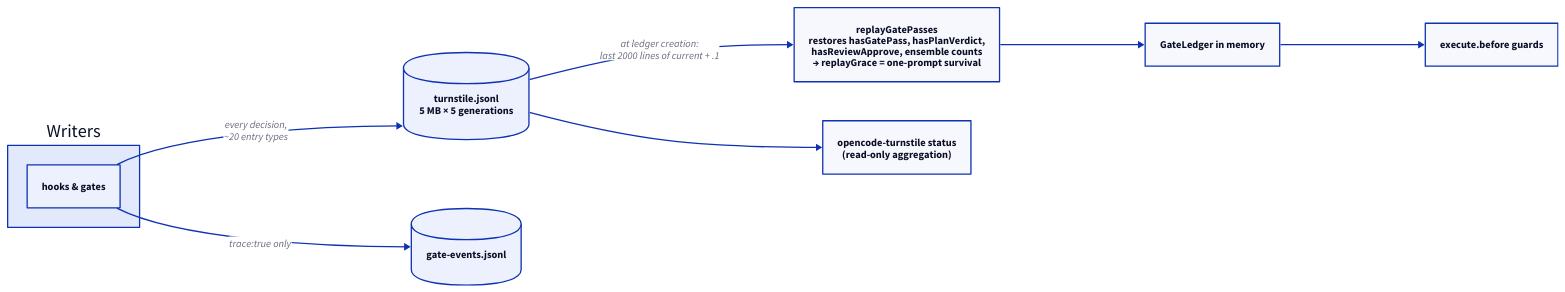
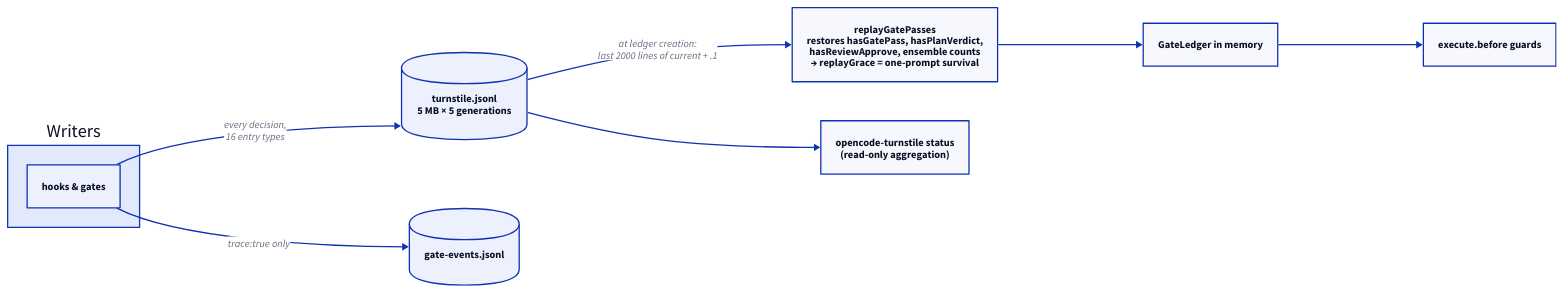
The diagram in docs/diagrams/d05-persistence.d2 (edseabolt/turnstile), drawn with D2 before and after one commit. The commit also changed 8 other files, not shown here.

First line of the commit message:
docs: fix diagram inaccuracies and add missing executor to gate state

```diff
--- a/docs/diagrams/d05-persistence.d2
+++ b/docs/diagrams/d05-persistence.d2
@@ -1,24 +1,24 @@
 direction: right
 
 writers: "Writers" {
   hooks: "hooks & gates"
 }
 
 jsonl: "turnstile.jsonl\n5 MB × 5 generations" {
   shape: cylinder
 }
 trace: "gate-events.jsonl" {
   shape: cylinder
 }
 
 replay: "replayGatePasses\nrestores hasGatePass, hasPlanVerdict,\nhasReviewApprove, ensemble counts\n→ replayGrace = one-prompt survival"
 ledger: "GateLedger in memory"
 enforce: "execute.before guards"
 cli: "opencode-turnstile status\n(read-only aggregation)"
 
-writers.hooks -> jsonl: "every decision,\n~20 entry types"
+writers.hooks -> jsonl: "every decision,\n16 entry types"
 writers.hooks -> trace: "trace:true only"
 jsonl -> replay: "at ledger creation:\nlast 2000 lines of current + .1"
 replay -> ledger
 ledger -> enforce
 jsonl -> cli
```
